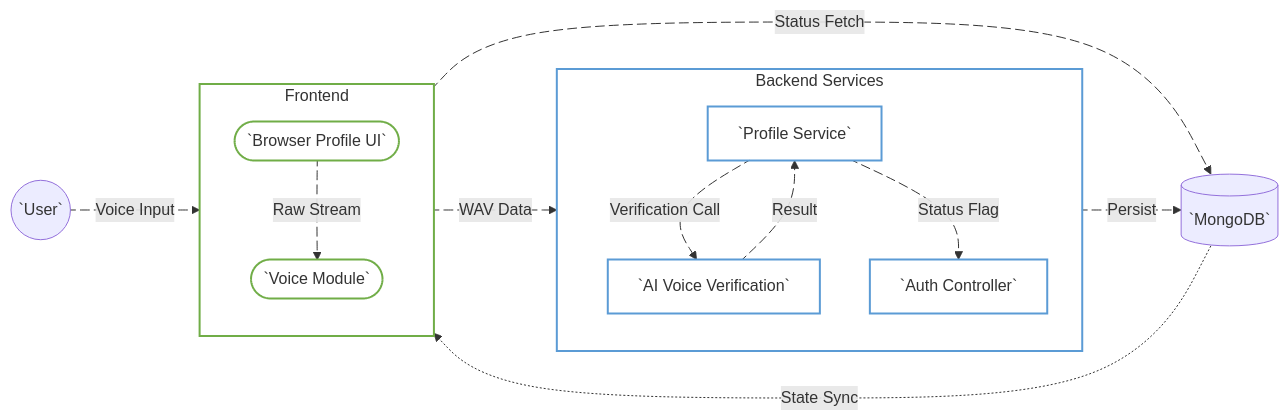
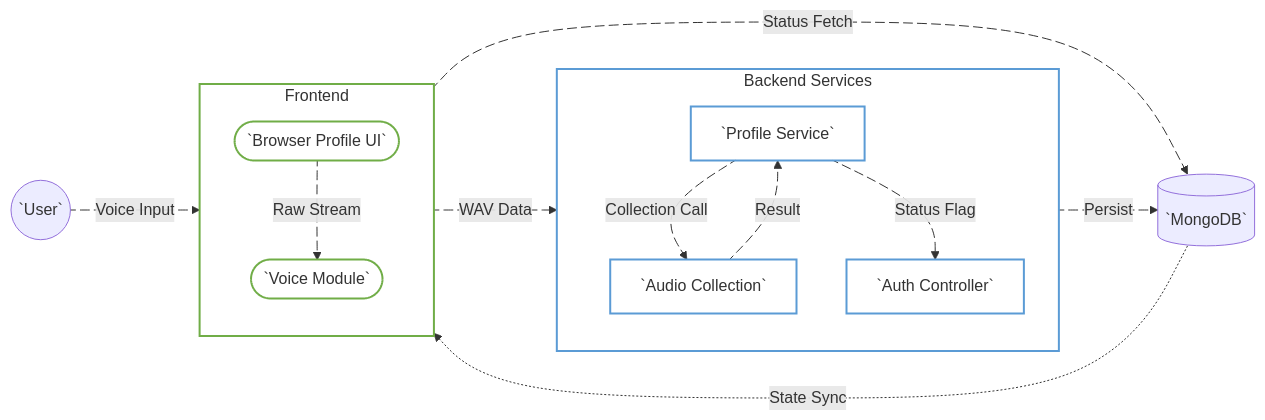
One commit to Harshita-capsitech/EmailDocs changed the first of 3 diagrams in CallTranscription/voice_sample.md. Above: the diagram before and after it, drawn with Mermaid. The commit also changed other lines of this file, not shown here.

````diff
--- a/CallTranscription/voice_sample.md
+++ b/CallTranscription/voice_sample.md
@@ -44,55 +44,55 @@
 ```mermaid
 %%{ init: { "themeVariables": { "background": "transparent" } } }%%
 flowchart LR
     %% User and UI
     U@{ shape: circle, label: "`User`" }
     B@{ shape: stadium, label: "`Browser Profile UI`" }
     VR@{ shape: stadium, label: "`Voice Module`" }
 
     %% Backend services
     subgraph Backend [Backend Services]
         direction TB
         PS@{ shape: rect, label: "`Profile Service`" }
-        AI@{ shape: rect, label: "`AI Voice Verification`" }
+        AI@{ shape: rect, label: "`Audio Collection`" }
         AC@{ shape: rect, label: "`Auth Controller`" }
     end
 
     %% Data layer
     DB@{ shape: cyl, label: "`MongoDB`" }
 
     %% Data/Action flow with animated arrows
     U e1@-->|"Voice Input"| B
     B e2@-->|"Raw Stream"| VR
     VR e3@-->|"WAV Data"| PS
-    PS e4@-->|"Verification Call"| AI
+    PS e4@-->|"Collection Call"| AI
     AI e5@-->|"Result"| PS
     PS e6@-->|"Status Flag"| AC
     AC e7@-->|"Persist"| DB
     DB e8@-. "State Sync" .-> B
     B e9@-->|"Status Fetch"| DB
 
     %% Animation for main data flows
     e1@{ animate: true }
     e2@{ animate: true }
     e3@{ animate: true, animation: fast }
     e4@{ animate: true }
     e5@{ animate: true }
     e6@{ animate: true }
     e7@{ animate: true }
     e9@{ animate: true }
 
     %% Subgraph: Browser Layer (visual only)
     subgraph Frontend ["Frontend"]
         direction TB
         B
         VR
     end
 
     %% Styles for documentation clarity
     classDef backend fill:none,stroke:#5B9BD5,stroke-width:2px
     classDef frontend fill:none,stroke:#70AD47,stroke-width:2px
     class Backend,AI,AC,PS backend
     class Frontend,B,VR frontend
 
     %% Remove any explicit white style/fill
 ```
````
